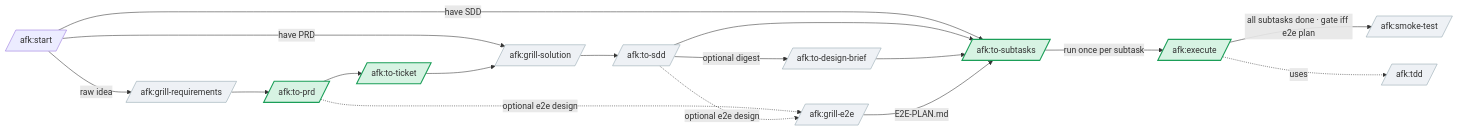
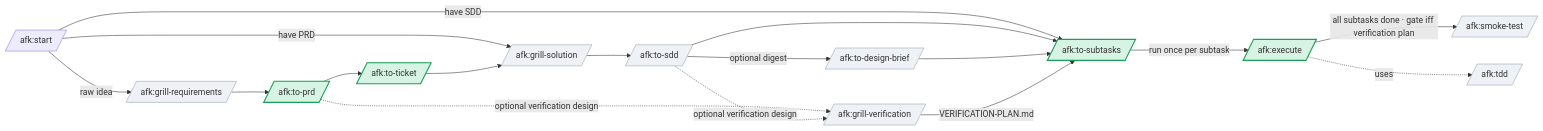
Before and after one commit to midnightblur/afk-driver: the second of 6 diagrams in README.md, drawn with Mermaid. The commit also changed other lines of this file and 12 other files, not shown here.

````diff
--- a/README.md
+++ b/README.md
@@ -123,25 +123,25 @@
 ```mermaid
 graph LR
     Start[/afk:start/] -->|raw idea| Grill[/afk:grill-requirements/]
     Start -->|have PRD| AG[/afk:grill-solution/]
     Start -->|have SDD| Sub[/afk:to-subtasks/]
 
     Grill --> Prd[/afk:to-prd/] --> Ticket[/afk:to-ticket/] --> AG --> Sdd[/afk:to-sdd/]
     Sdd -->|optional digest| Brief[/afk:to-design-brief/]
 
-    Prd -.optional e2e design.-> E2E[/afk:grill-e2e/]
-    Sdd -.optional e2e design.-> E2E
+    Prd -.optional verification design.-> E2E[/afk:grill-verification/]
+    Sdd -.optional verification design.-> E2E
 
     Sdd --> Sub
     Brief --> Sub
-    E2E -->|E2E-PLAN.md| Sub
+    E2E -->|VERIFICATION-PLAN.md| Sub
 
     Sub -->|run once per subtask| Exec[/afk:execute/]
-    Exec -->|all subtasks done · gate iff e2e plan| Smoke[/afk:smoke-test/]
+    Exec -->|all subtasks done · gate iff verification plan| Smoke[/afk:smoke-test/]
     Exec -.uses.-> Tdd[/afk:tdd/]
 
     classDef mand fill:#d7f3e3,stroke:#1b9e58,stroke-width:2px;
     classDef opt fill:#eef1f5,stroke:#90a4ae;
     class Prd,Ticket,Sub,Exec mand;
     class Grill,AG,Sdd,Brief,E2E,Smoke,Tdd opt;
 ```
````
